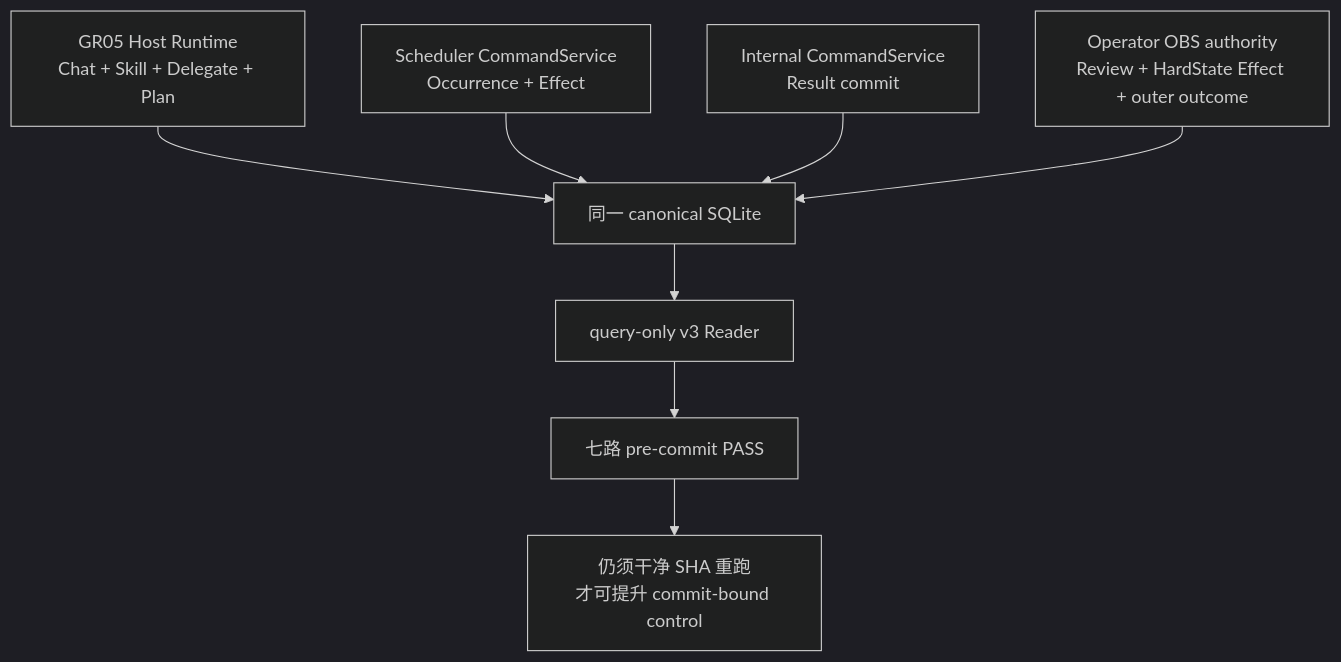
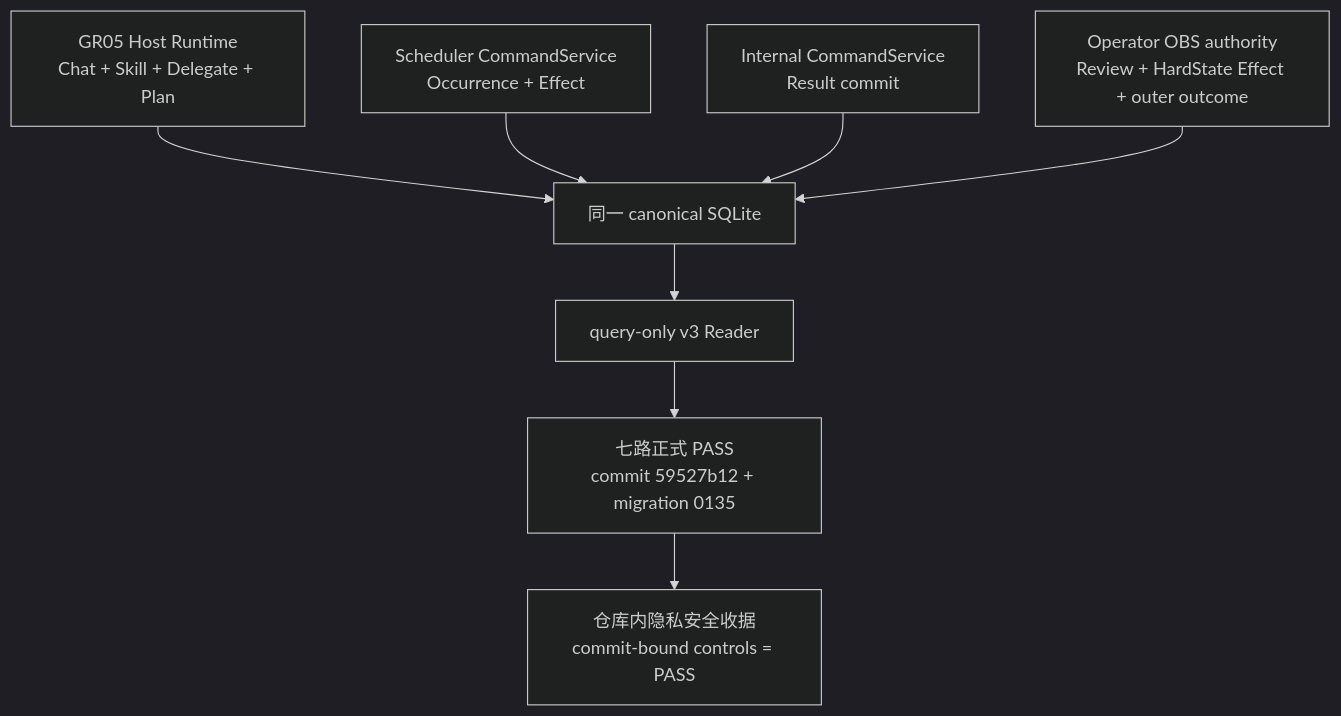
Before and after one commit to SakuraYoruno/Natsume_Ai: the second of 37 diagrams in docs/50_project/arch/DATA_FLOW_ARCHITECTURE.md, drawn with Mermaid (dark theme). The commit also changed other lines of this file and 12 other files, not shown here.

````diff
--- a/docs/50_project/arch/DATA_FLOW_ARCHITECTURE.md
+++ b/docs/50_project/arch/DATA_FLOW_ARCHITECTURE.md
@@ -34,10 +34,10 @@
 ```mermaid
 flowchart TD
     H["GR05 Host Runtime\nChat + Skill + Delegate + Plan"] --> DB["同一 canonical SQLite"]
     S["Scheduler CommandService\nOccurrence + Effect"] --> DB
     I["Internal CommandService\nResult commit"] --> DB
     O["Operator OBS authority\nReview + HardState Effect + outer outcome"] --> DB
     DB --> R["query-only v3 Reader"]
-    R --> V["七路 pre-commit PASS"]
-    V --> X["仍须干净 SHA 重跑\n才可提升 commit-bound control"]
+    R --> V["七路正式 PASS\ncommit 59527b12 + migration 0135"]
+    V --> X["仓库内隐私安全收据\ncommit-bound controls = PASS"]
 ```
````
